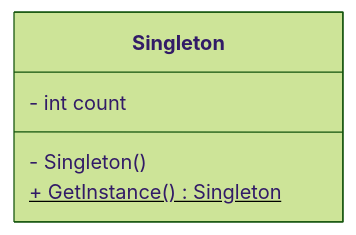
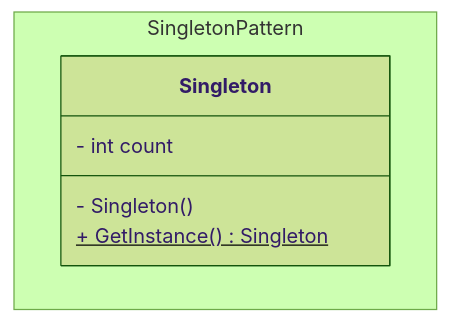
The first of 5 diagrams in README.md (akhiltn/design-patterns-golang), drawn with Mermaid (forest theme) before and after one commit. The commit also changed other lines of this file and 7 other files, not shown here.

Commit message:
structural patter and mermaid cosmetic

````diff
--- a/README.md
+++ b/README.md
@@ -7,8 +7,11 @@
 ```mermaid
 classDiagram
+
+namespace SingletonPattern{
     class Singleton {
         - int count
         - Singleton()
         + GetInstance()$ Singleton
     }
+}
 ```
````
